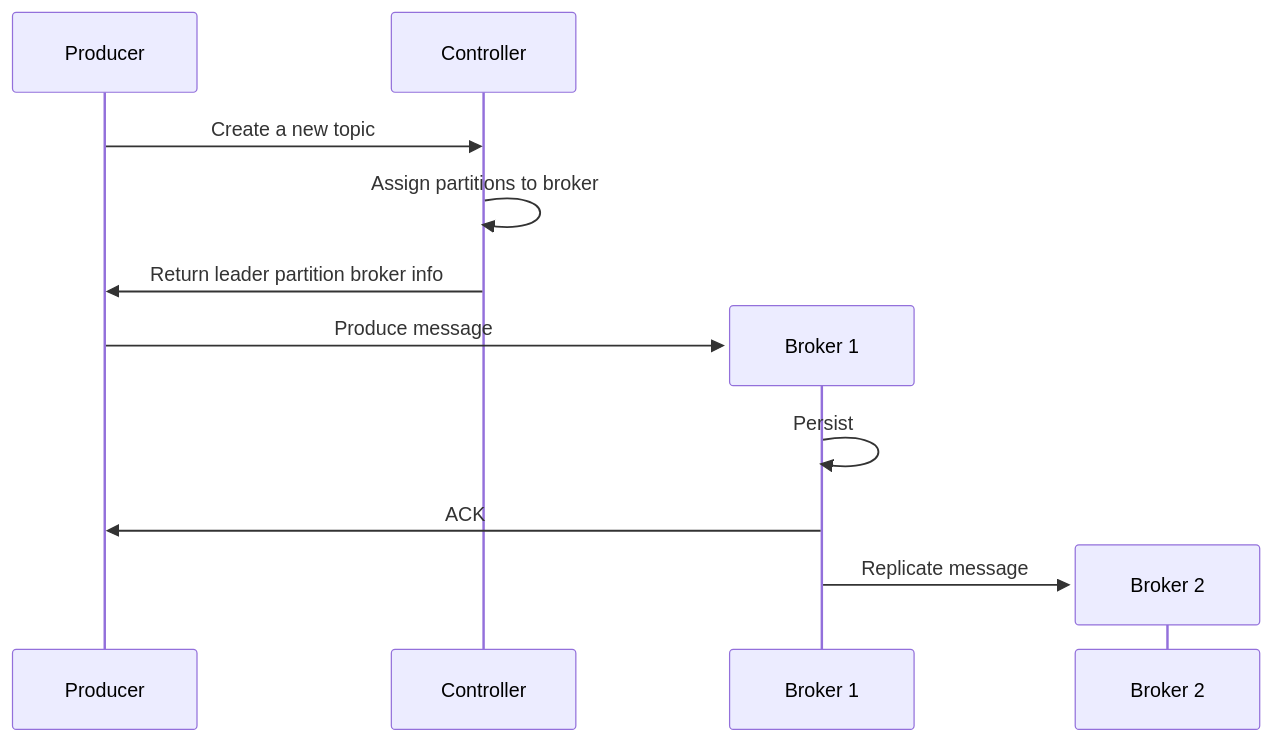
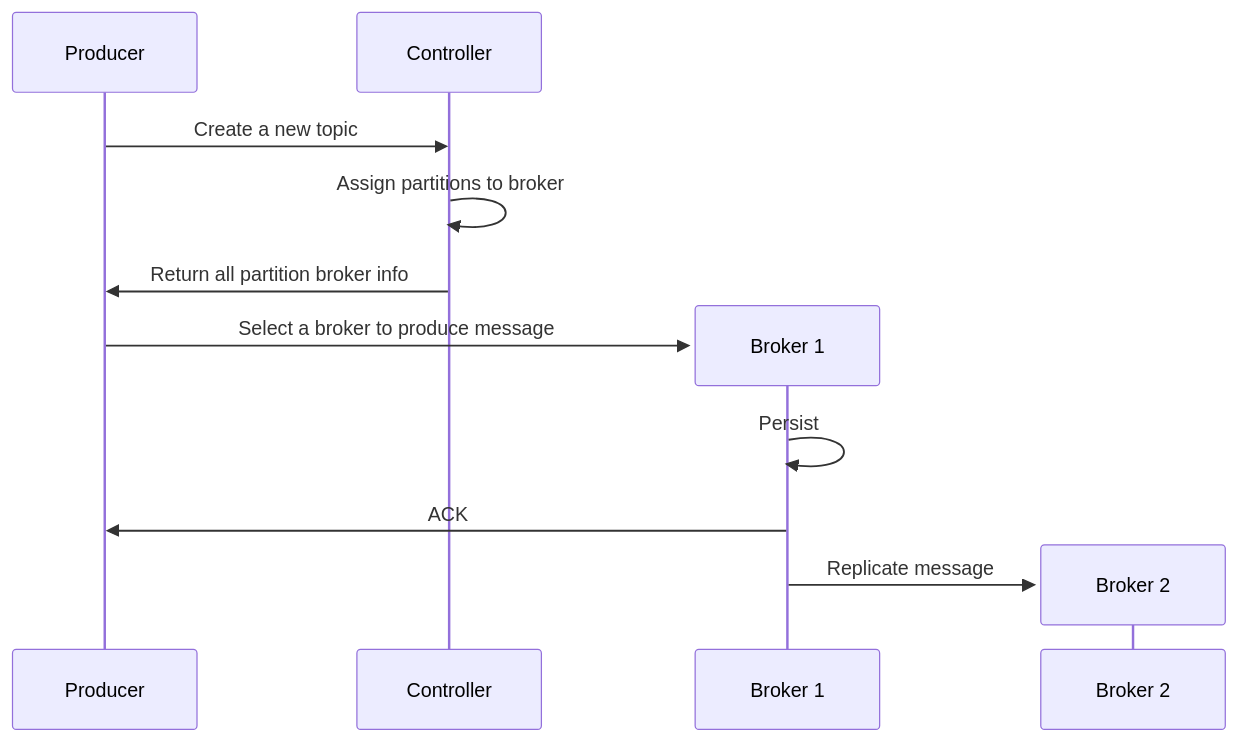
Before and after one commit to cswpy/kueue: the diagram in docs/README.md, drawn with Mermaid. The commit also changed 1 other file, not shown here.

Commit message:
Added metadata proto and modified the architecture diagram

````diff
--- a/docs/README.md
+++ b/docs/README.md
@@ -4,15 +4,15 @@
 ```mermaid
 sequenceDiagram
     participant P as Producer
     participant C as Controller
     P->>C: Create a new topic
     C->>C: Assign partitions to broker
-    C->>P: Return leader partition broker info
+    C->>P: Return all partition broker info
     create participant B1 as Broker 1
-    P->>B1: Produce message
+    P->>B1: Select a broker to produce message
     B1->>B1: Persist
     B1->>P: ACK
     create participant B2 as Broker 2
     B1->>B2: Replicate message
     destroy B2
 ```
````
